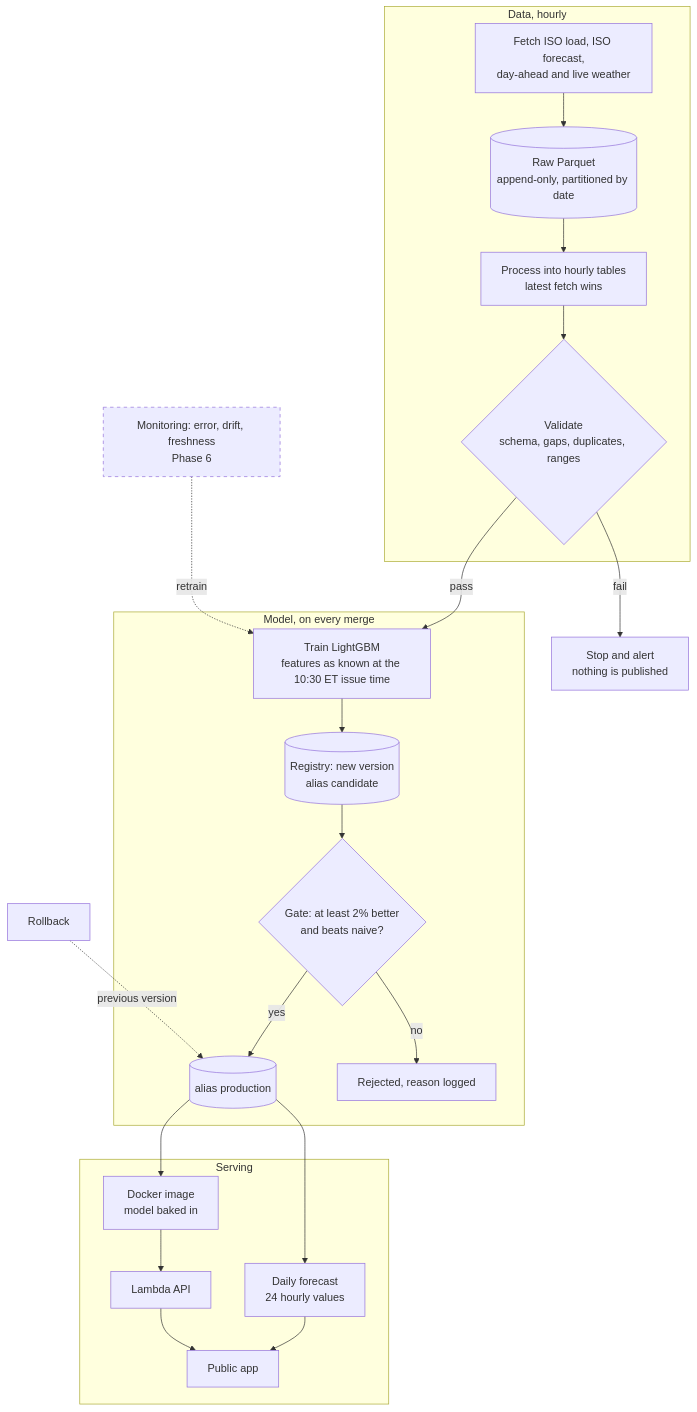
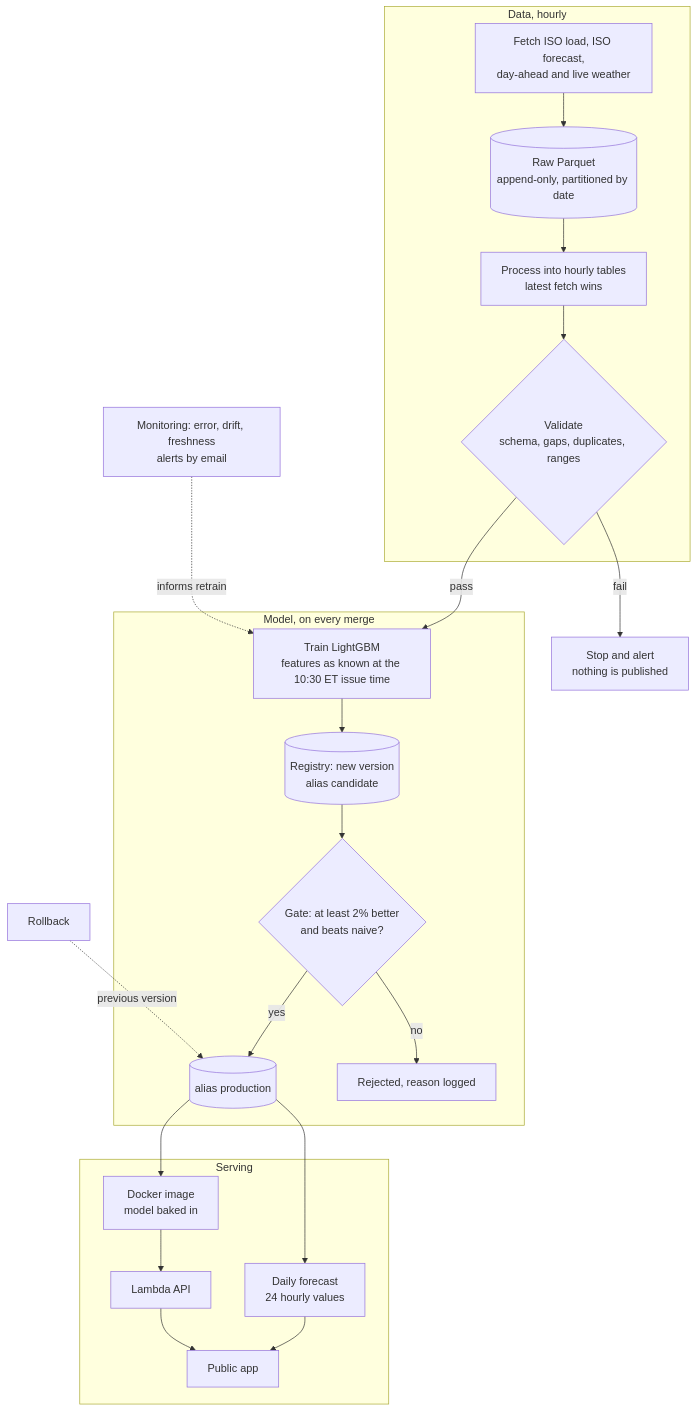
The second of 3 diagrams in README.md (vladimir-kazarin/ne-demand-forecast), drawn with Mermaid before and after one commit. The commit also changed other lines of this file and 1 other file, not shown here.

Commit message:
ADR 0008 and README: monitoring and drift detection, with the backtest

````diff
--- a/README.md
+++ b/README.md
@@ -76,30 +76,28 @@
 ```mermaid
 flowchart TD
     subgraph DATA["Data, hourly"]
         A["Fetch ISO load, ISO forecast,<br/>day-ahead and live weather"] --> B[("Raw Parquet<br/>append-only, partitioned by date")]
         B --> C["Process into hourly tables<br/>latest fetch wins"]
         C --> V{"Validate<br/>schema, gaps, duplicates, ranges"}
     end
 
     subgraph MODEL["Model, on every merge"]
         V -->|pass| T["Train LightGBM<br/>features as known at the 10:30 ET issue time"]
         T --> R[("Registry: new version<br/>alias candidate")]
         R --> G{"Gate: at least 2% better<br/>and beats naive?"}
         G -->|yes| P[("alias production")]
         G -->|no| X["Rejected, reason logged"]
     end
 
     subgraph SERVE["Serving"]
         P --> F["Daily forecast<br/>24 hourly values"]
         P --> I["Docker image<br/>model baked in"]
         I --> L["Lambda API"]
         F --> W["Public app"]
         L --> W
     end
 
     V -->|fail| STOP["Stop and alert<br/>nothing is published"]
     RB["Rollback"] -.->|previous version| P
-    MON["Monitoring: error, drift, freshness<br/>Phase 6"]:::planned -.->|retrain| T
-
-    classDef planned stroke-dasharray: 5 5
+    MON["Monitoring: error, drift, freshness<br/>alerts by email"] -.->|informs retrain| T
 ```
````
